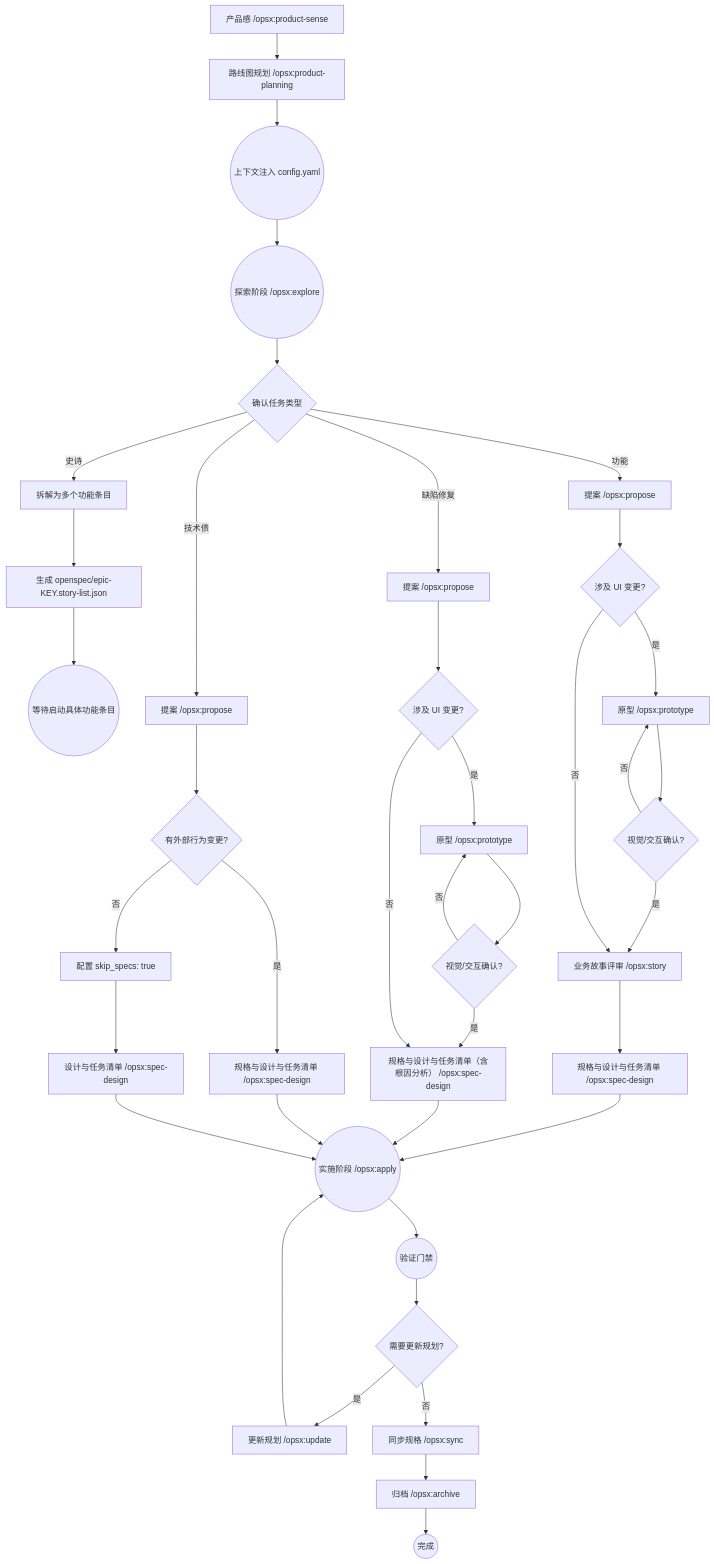
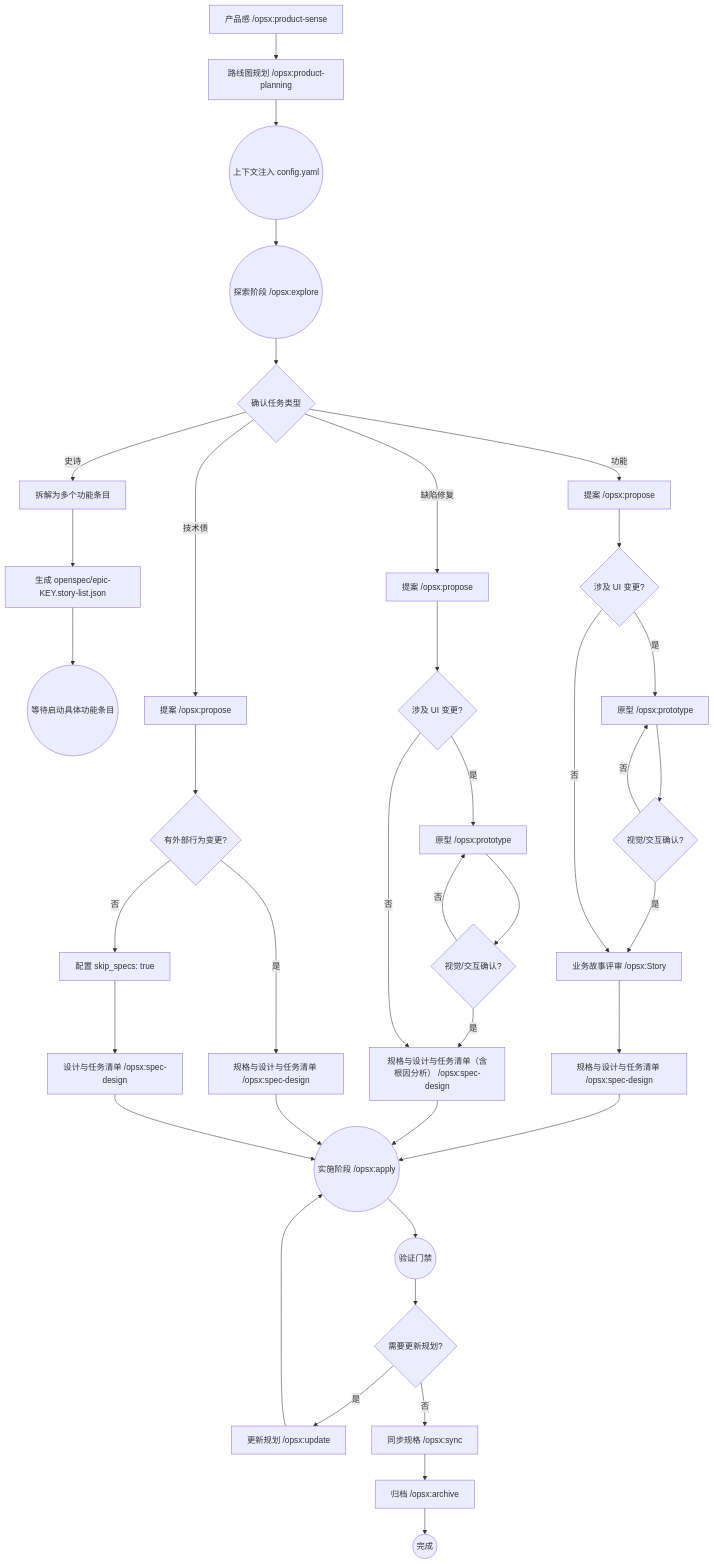
Before and after one commit to jkang/openspec-example: the diagram in docs/SOPS/SDD_WORKFLOW.md, drawn with Mermaid. The commit also changed other lines of this file and 20 other files, not shown here.

````diff
--- a/docs/SOPS/SDD_WORKFLOW.md
+++ b/docs/SOPS/SDD_WORKFLOW.md
@@ -34,49 +34,49 @@
 ```mermaid
 graph TD
     A[产品感 /opsx:product-sense] --> B[路线图规划 /opsx:product-planning]
     B --> C((上下文注入 config.yaml))
 
     C --> D((探索阶段 /opsx:explore))
     D --> E{确认任务类型}
 
     E -->|史诗| EP1[拆解为多个功能条目]
     EP1 --> EP2[生成 openspec/epic-KEY.story-list.json]
     EP2 --> EP3((等待启动具体功能条目))
 
     E -->|功能| F1[提案 /opsx:propose]
     F1 --> F2{涉及 UI 变更?}
     F2 -->|是| F3[原型 /opsx:prototype]
     F3 --> F4{视觉/交互确认?}
     F4 -->|否| F3
-    F4 -->|是| F5[业务故事评审 /opsx:story]
+    F4 -->|是| F5[业务故事评审 /opsx:Story]
     F2 -->|否| F5
     F5 --> F6[规格与设计与任务清单 /opsx:spec-design]
 
     E -->|缺陷修复| B1[提案 /opsx:propose]
     B1 --> B2{涉及 UI 变更?}
     B2 -->|是| B3[原型 /opsx:prototype]
     B3 --> B4{视觉/交互确认?}
     B4 -->|否| B3
     B4 -->|是| B5[规格与设计与任务清单（含根因分析） /opsx:spec-design]
     B2 -->|否| B5
 
     E -->|技术债| T1[提案 /opsx:propose]
     T1 --> T2{有外部行为变更?}
     T2 -->|是| T3[规格与设计与任务清单 /opsx:spec-design]
     T2 -->|否| T4[配置 skip_specs: true]
     T4 --> T5[设计与任务清单 /opsx:spec-design]
 
     F6 --> U((实施阶段 /opsx:apply))
     B5 --> U
     T3 --> U
     T5 --> U
 
     U --> V((验证门禁))
     V --> W{需要更新规划?}
     W -->|是| X[更新规划 /opsx:update]
     X --> U
     W -->|否| Y[同步规格 /opsx:sync]
 
     Y --> Z[归档 /opsx:archive]
     Z --> AA((完成))
 ```
````
